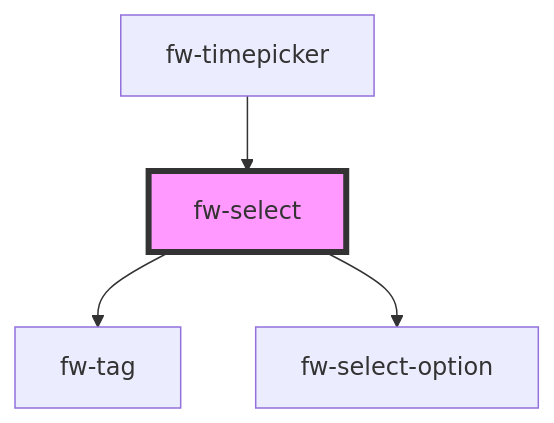
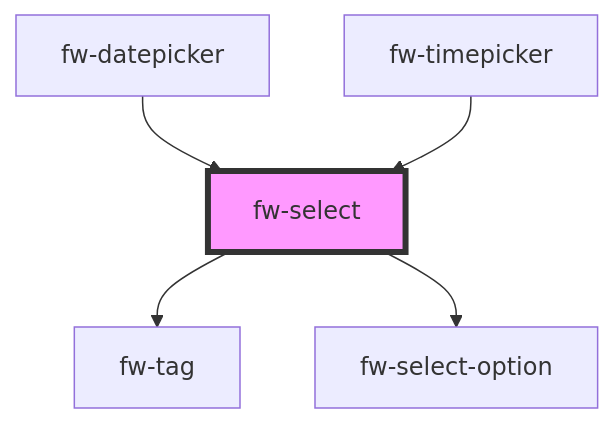
The diagram in src/components/select/readme.md (freshworks/crayons), drawn with Mermaid before and after one commit. The commit also changed other lines of this file and 10 other files, not shown here.

````diff
--- a/src/components/select/readme.md
+++ b/src/components/select/readme.md
@@ -84,7 +77,8 @@
 ```mermaid
 graph TD;
   fw-select --> fw-tag
   fw-select --> fw-select-option
+  fw-datepicker --> fw-select
   fw-timepicker --> fw-select
   style fw-select fill:#f9f,stroke:#333,stroke-width:4px
 ```
````
